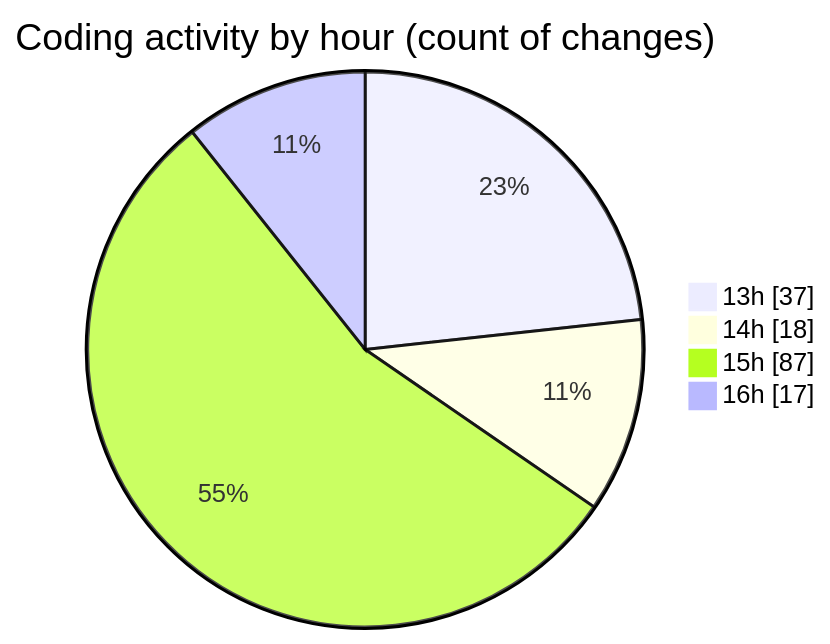
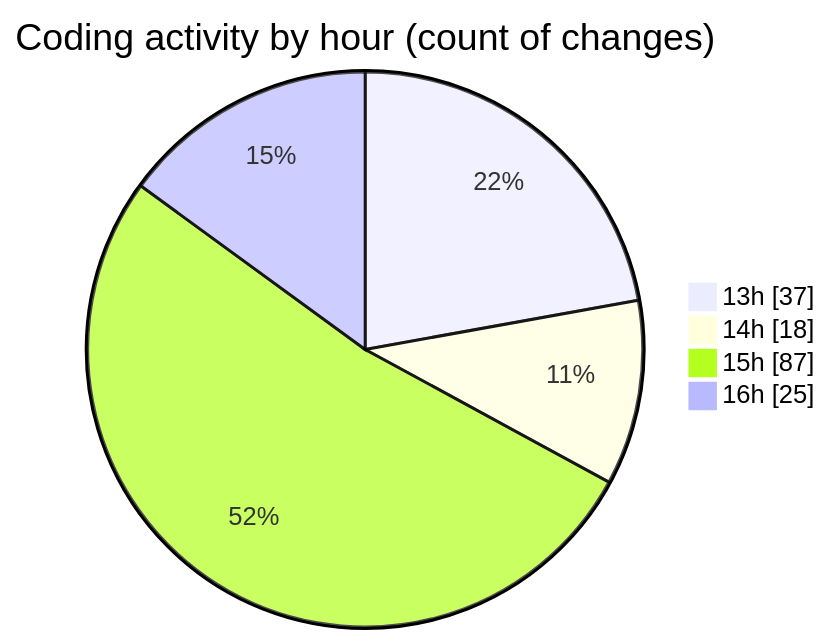
One commit to Unknowalive/code-tracking changed the second of 2 diagrams in 2026-04-11/scripting_workshop/README.md. Above: the diagram before and after it, drawn with Mermaid. The commit also changed other lines of this file and 1 other file, not shown here.

````diff
--- a/2026-04-11/scripting_workshop/README.md
+++ b/2026-04-11/scripting_workshop/README.md
@@ -65,8 +65,8 @@
 ```mermaid
 pie showData
 title Coding activity by hour (count of changes)
 "13h" : 37
 "14h" : 18
 "15h" : 87
-"16h" : 17
+"16h" : 25
 ```
````
